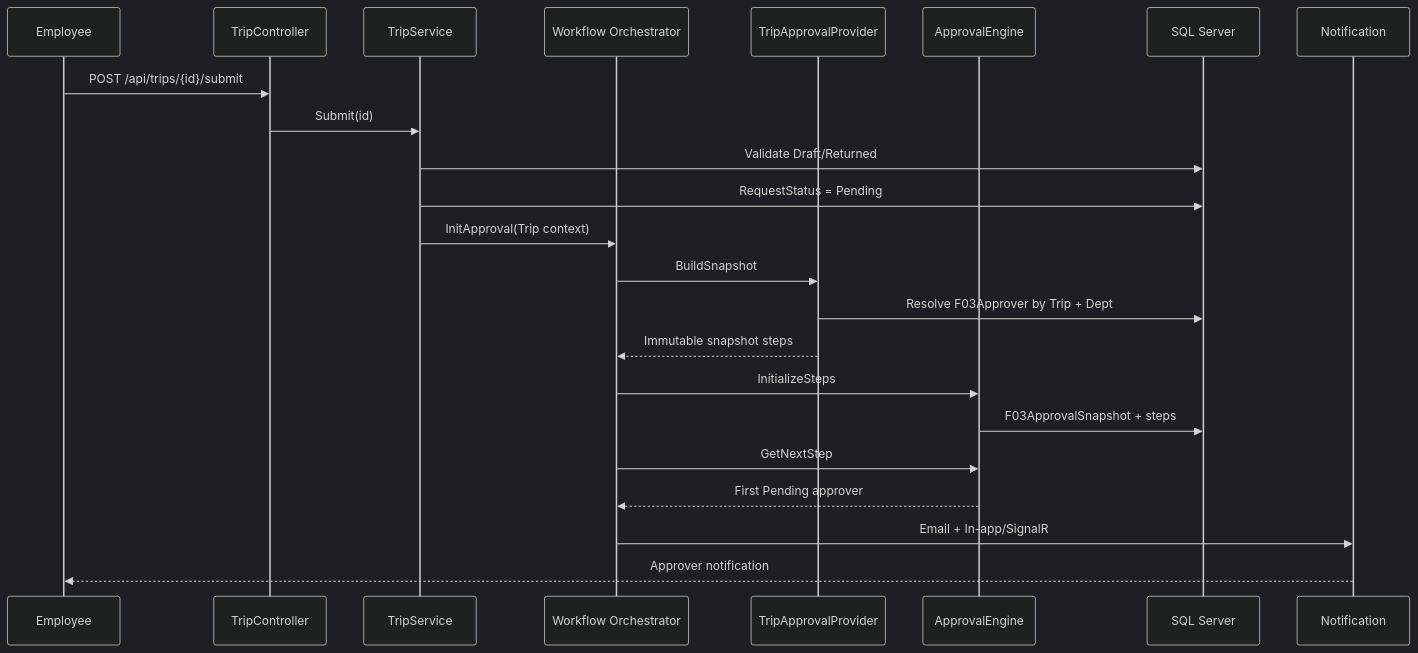
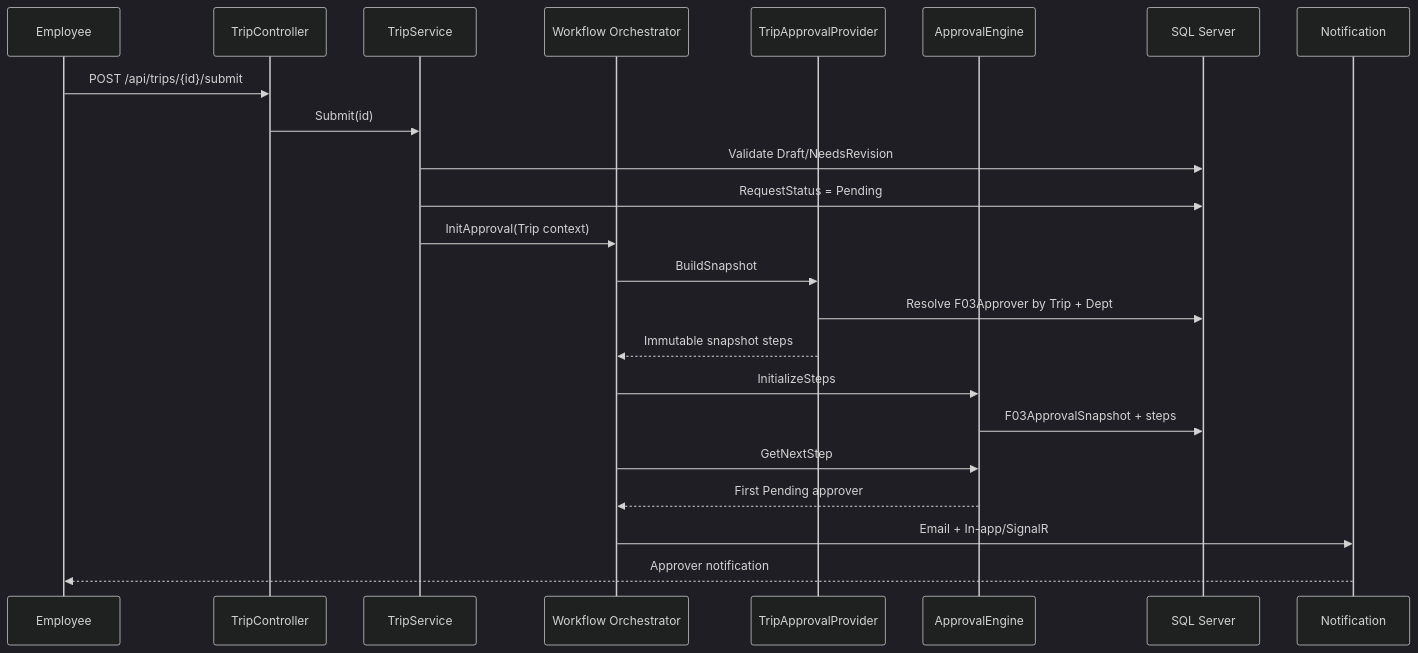
Before and after one commit to Nang0559/Reggister: the second of 6 diagrams in MÔ HÌNH/09_TRIP.md, drawn with Mermaid (dark theme). The commit also changed other lines of this file, not shown here.

````diff
--- a/MÔ HÌNH/09_TRIP.md
+++ b/MÔ HÌNH/09_TRIP.md
@@ -65,26 +65,26 @@
 ```mermaid
 sequenceDiagram
     participant U as Employee
     participant API as TripController
     participant S as TripService
     participant O as Workflow Orchestrator
     participant P as TripApprovalProvider
     participant E as ApprovalEngine
     participant DB as SQL Server
     participant N as Notification
 
     U->>API: POST /api/trips/{id}/submit
     API->>S: Submit(id)
-    S->>DB: Validate Draft/Returned
+    S->>DB: Validate Draft/NeedsRevision
     S->>DB: RequestStatus = Pending
     S->>O: InitApproval(Trip context)
     O->>P: BuildSnapshot
     P->>DB: Resolve F03Approver by Trip + Dept
     P-->>O: Immutable snapshot steps
     O->>E: InitializeSteps
     E->>DB: F03ApprovalSnapshot + steps
     O->>E: GetNextStep
     E-->>O: First Pending approver
     O->>N: Email + In-app/SignalR
     N-->>U: Approver notification
 ```
````
